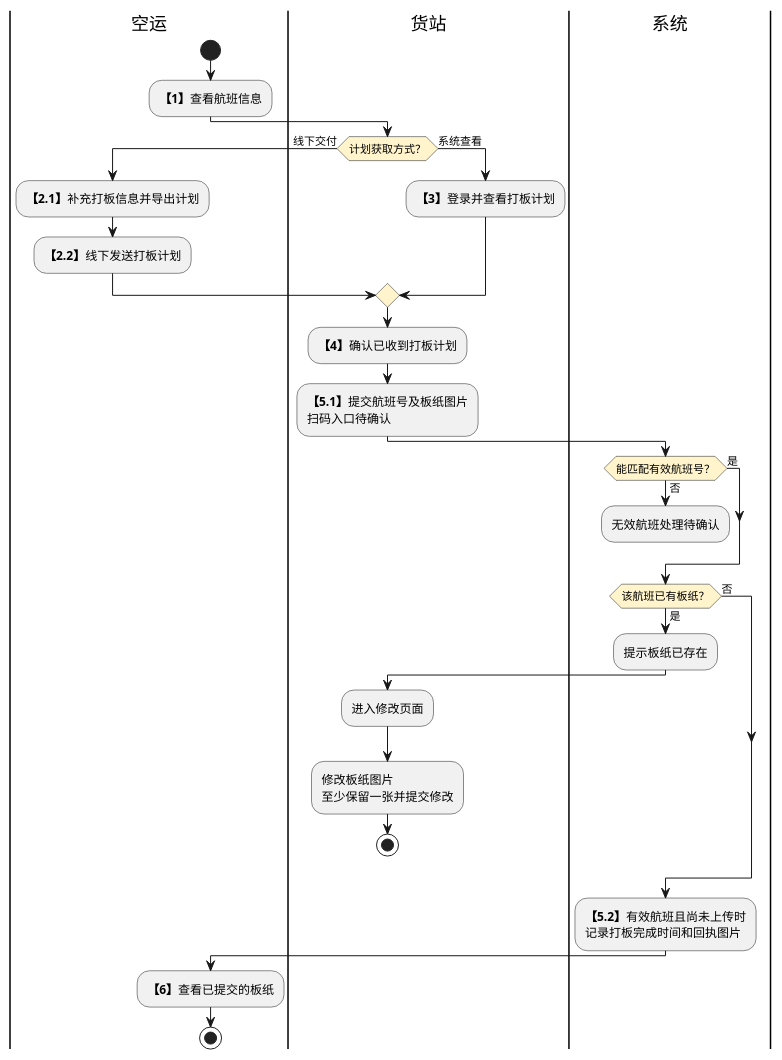
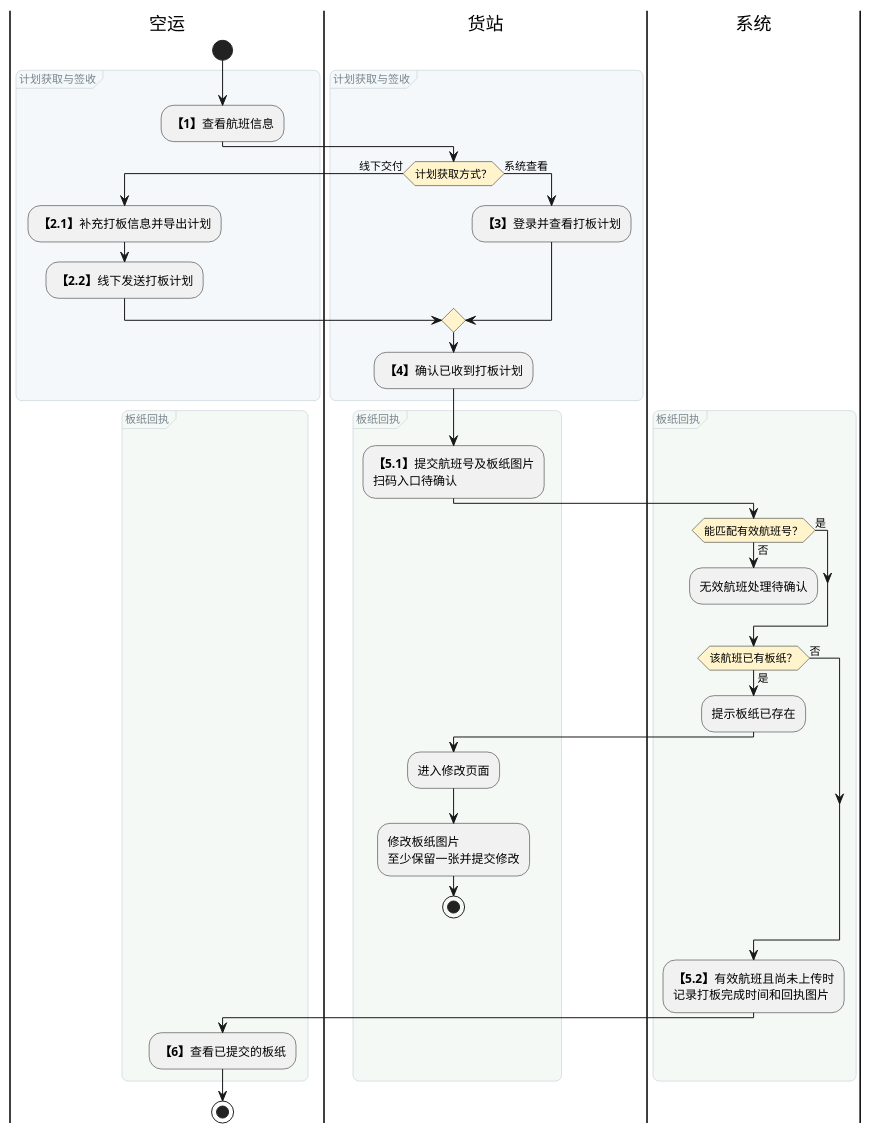
The first of 3 diagrams in product-caliber/goldjet/segmented-prd/PRD.高捷物流系统一期.第021篇.航晟货站打板.B42F0635C9.md (jack888332/projects-doc), drawn with PlantUML before and after one commit. The commit also changed other lines of this file and 16 other files, not shown here.

Commit message:
给DSL图分组

````diff
--- a/product-caliber/goldjet/segmented-prd/PRD.高捷物流系统一期.第021篇.航晟货站打板.B42F0635C9.md
+++ b/product-caliber/goldjet/segmented-prd/PRD.高捷物流系统一期.第021篇.航晟货站打板.B42F0635C9.md
@@ -38,39 +38,55 @@
 ```plantuml
 @startuml goldjet-021-plan-and-receipt
 skinparam activityDiamondBackgroundColor #FFF4CC
+<style>
+activityDiagram {
+  group {
+    LineColor #CAD5DA
+    LineThickness 0.7
+    RoundCorner 12
+    FontColor #78848D
+    FontSize 11
+    FontStyle plain
+  }
+}
+</style>
 |空运|
 start
-:**【1】**查看航班信息;
-|货站|
-if (计划获取方式？) then (线下交付)
+group 计划获取与签收 #F4F8FA {
+  :**【1】**查看航班信息;
+  |货站|
+  if (计划获取方式？) then (线下交付)
+    |空运|
+    :**【2.1】**补充打板信息并导出计划;
+    :**【2.2】**线下发送打板计划;
+  else (系统查看)
+    |货站|
+    :**【3】**登录并查看打板计划;
+  endif
+  |货站|
+  :**【4】**确认已收到打板计划;
+}
+group 板纸回执 #F5F9F6 {
+  :**【5.1】**提交航班号及板纸图片\n扫码入口待确认;
+  |系统|
+  if (能匹配有效航班号？) then (是)
+  else (否)
+    :无效航班处理待确认;
+    detach
+  endif
+  if (该航班已有板纸？) then (是)
+    :提示板纸已存在;
+    |货站|
+    :进入修改页面;
+    :修改板纸图片\n至少保留一张并提交修改;
+    stop
+  else (否)
+  endif
+  |系统|
+  :**【5.2】**有效航班且尚未上传时\n记录打板完成时间和回执图片;
   |空运|
-  :**【2.1】**补充打板信息并导出计划;
-  :**【2.2】**线下发送打板计划;
-else (系统查看)
-  |货站|
-  :**【3】**登录并查看打板计划;
-endif
-|货站|
-:**【4】**确认已收到打板计划;
-:**【5.1】**提交航班号及板纸图片\n扫码入口待确认;
-|系统|
-if (能匹配有效航班号？) then (是)
-else (否)
-  :无效航班处理待确认;
-  detach
-endif
-if (该航班已有板纸？) then (是)
-  :提示板纸已存在;
-  |货站|
-  :进入修改页面;
-  :修改板纸图片\n至少保留一张并提交修改;
-  stop
-else (否)
-endif
-|系统|
-:**【5.2】**有效航班且尚未上传时\n记录打板完成时间和回执图片;
-|空运|
-:**【6】**查看已提交的板纸;
+  :**【6】**查看已提交的板纸;
+}
 stop
 @enduml
 ```
````
